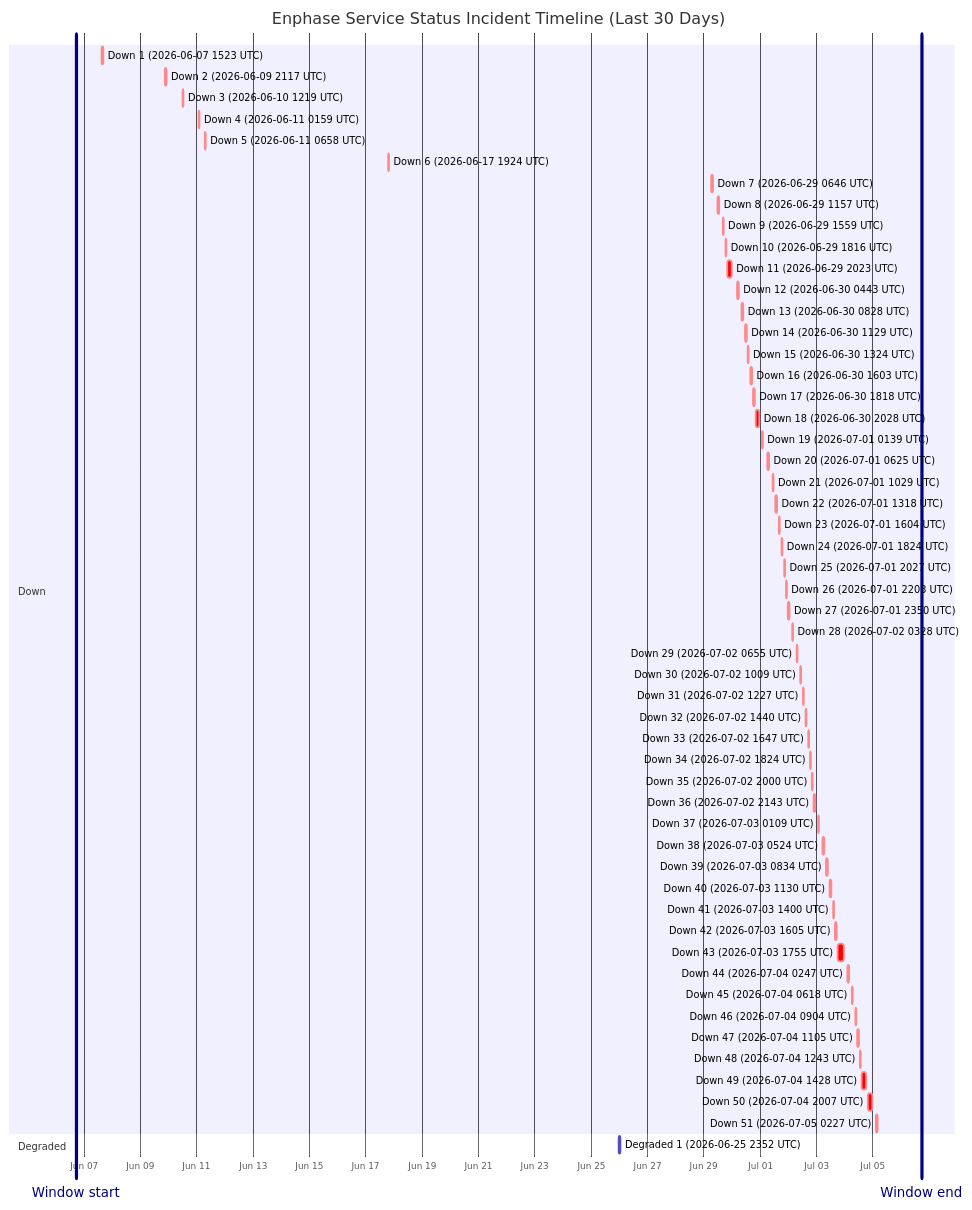
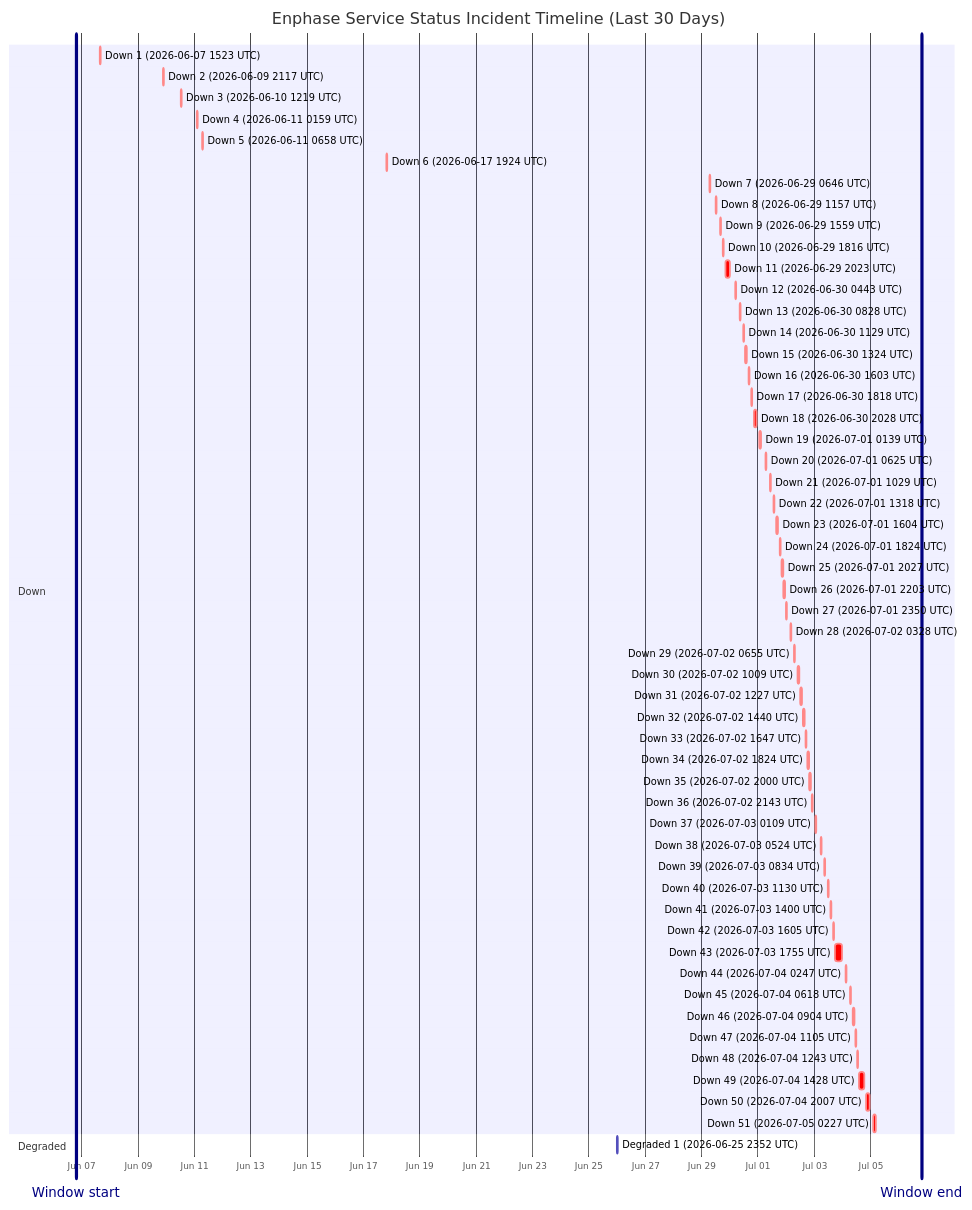
One commit to barneyonline/ha-enphase-energy changed the diagram in wiki/Service-Status-History.md. Above: the diagram before and after it, drawn with Mermaid. The commit also changed other lines of this file and 3 other files, not shown here.

````diff
--- a/wiki/Service-Status-History.md
+++ b/wiki/Service-Status-History.md
@@ -14,62 +14,62 @@
 ```mermaid
 gantt
     title Enphase Service Status Incident Timeline (Last 30 Days)
     dateFormat  YYYY-MM-DDTHH:mm:ss
     axisFormat  %b %d
-    Window start :vert, window-start, 2026-06-06T17:20:01, 0ms
-    Window end :vert, window-end, 2026-07-06T17:20:01, 0ms
+    Window start :vert, window-start, 2026-06-06T19:15:09, 0ms
+    Window end :vert, window-end, 2026-07-06T19:15:09, 0ms
     section Down
     Down 1 (2026-06-07 1523 UTC) :crit, down-1, 2026-06-07T15:23:22, 87m
     Down 2 (2026-06-09 2117 UTC) :crit, down-2, 2026-06-09T21:17:17, 60m
     Down 3 (2026-06-10 1219 UTC) :crit, down-3, 2026-06-10T12:19:21, 60m
     Down 4 (2026-06-11 0159 UTC) :crit, down-4, 2026-06-11T01:59:36, 60m
     Down 5 (2026-06-11 0658 UTC) :crit, down-5, 2026-06-11T06:58:45, 60m
     Down 6 (2026-06-17 1924 UTC) :crit, down-6, 2026-06-17T19:24:51, 60m
     Down 7 (2026-06-29 0646 UTC) :crit, down-7, 2026-06-29T06:46:18, 60m
     Down 8 (2026-06-29 1157 UTC) :crit, down-8, 2026-06-29T11:57:36, 60m
     Down 9 (2026-06-29 1559 UTC) :crit, down-9, 2026-06-29T15:59:02, 60m
     Down 10 (2026-06-29 1816 UTC) :crit, down-10, 2026-06-29T18:16:38, 60m
     Down 11 (2026-06-29 2023 UTC) :crit, down-11, 2026-06-29T20:23:16, 220m
     Down 12 (2026-06-30 0443 UTC) :crit, down-12, 2026-06-30T04:43:54, 60m
     Down 13 (2026-06-30 0828 UTC) :crit, down-13, 2026-06-30T08:28:43, 60m
     Down 14 (2026-06-30 1129 UTC) :crit, down-14, 2026-06-30T11:29:15, 60m
     Down 15 (2026-06-30 1324 UTC) :crit, down-15, 2026-06-30T13:24:25, 60m
     Down 16 (2026-06-30 1603 UTC) :crit, down-16, 2026-06-30T16:03:26, 60m
     Down 17 (2026-06-30 1818 UTC) :crit, down-17, 2026-06-30T18:18:39, 60m
     Down 18 (2026-06-30 2028 UTC) :crit, down-18, 2026-06-30T20:28:54, 171m
     Down 19 (2026-07-01 0139 UTC) :crit, down-19, 2026-07-01T01:39:18, 60m
     Down 20 (2026-07-01 0625 UTC) :crit, down-20, 2026-07-01T06:25:35, 60m
     Down 21 (2026-07-01 1029 UTC) :crit, down-21, 2026-07-01T10:29:24, 60m
     Down 22 (2026-07-01 1318 UTC) :crit, down-22, 2026-07-01T13:18:31, 60m
     Down 23 (2026-07-01 1604 UTC) :crit, down-23, 2026-07-01T16:04:29, 60m
     Down 24 (2026-07-01 1824 UTC) :crit, down-24, 2026-07-01T18:24:21, 60m
     Down 25 (2026-07-01 2027 UTC) :crit, down-25, 2026-07-01T20:27:17, 60m
     Down 26 (2026-07-01 2203 UTC) :crit, down-26, 2026-07-01T22:03:46, 60m
     Down 27 (2026-07-01 2350 UTC) :crit, down-27, 2026-07-01T23:50:52, 60m
     Down 28 (2026-07-02 0328 UTC) :crit, down-28, 2026-07-02T03:28:33, 60m
     Down 29 (2026-07-02 0655 UTC) :crit, down-29, 2026-07-02T06:55:07, 60m
     Down 30 (2026-07-02 1009 UTC) :crit, down-30, 2026-07-02T10:09:15, 60m
     Down 31 (2026-07-02 1227 UTC) :crit, down-31, 2026-07-02T12:27:49, 60m
     Down 32 (2026-07-02 1440 UTC) :crit, down-32, 2026-07-02T14:40:53, 60m
     Down 33 (2026-07-02 1647 UTC) :crit, down-33, 2026-07-02T16:47:47, 60m
     Down 34 (2026-07-02 1824 UTC) :crit, down-34, 2026-07-02T18:24:26, 60m
     Down 35 (2026-07-02 2000 UTC) :crit, down-35, 2026-07-02T20:00:57, 60m
     Down 36 (2026-07-02 2143 UTC) :crit, down-36, 2026-07-02T21:43:52, 80m
     Down 37 (2026-07-03 0109 UTC) :crit, down-37, 2026-07-03T01:09:19, 60m
     Down 38 (2026-07-03 0524 UTC) :crit, down-38, 2026-07-03T05:24:23, 60m
     Down 39 (2026-07-03 0834 UTC) :crit, down-39, 2026-07-03T08:34:05, 60m
     Down 40 (2026-07-03 1130 UTC) :crit, down-40, 2026-07-03T11:30:41, 60m
     Down 41 (2026-07-03 1400 UTC) :crit, down-41, 2026-07-03T14:00:48, 60m
     Down 42 (2026-07-03 1605 UTC) :crit, down-42, 2026-07-03T16:05:49, 60m
     Down 43 (2026-07-03 1755 UTC) :crit, down-43, 2026-07-03T17:55:54, 338m
     Down 44 (2026-07-04 0247 UTC) :crit, down-44, 2026-07-04T02:47:22, 60m
     Down 45 (2026-07-04 0618 UTC) :crit, down-45, 2026-07-04T06:18:09, 60m
     Down 46 (2026-07-04 0904 UTC) :crit, down-46, 2026-07-04T09:04:41, 60m
     Down 47 (2026-07-04 1105 UTC) :crit, down-47, 2026-07-04T11:05:21, 60m
     Down 48 (2026-07-04 1243 UTC) :crit, down-48, 2026-07-04T12:43:25, 60m
     Down 49 (2026-07-04 1428 UTC) :crit, down-49, 2026-07-04T14:28:07, 243m
     Down 50 (2026-07-04 2007 UTC) :crit, down-50, 2026-07-04T20:07:50, 206m
     Down 51 (2026-07-05 0227 UTC) :crit, down-51, 2026-07-05T02:27:32, 109m
     section Degraded
     Degraded 1 (2026-06-25 2352 UTC) :active, degraded-1, 2026-06-25T23:52:01, 60m
 ```
````
